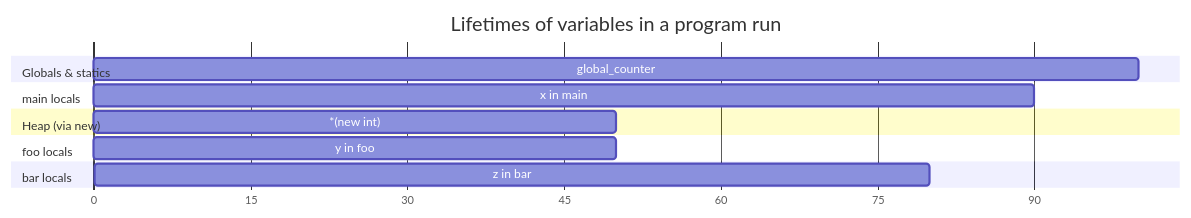
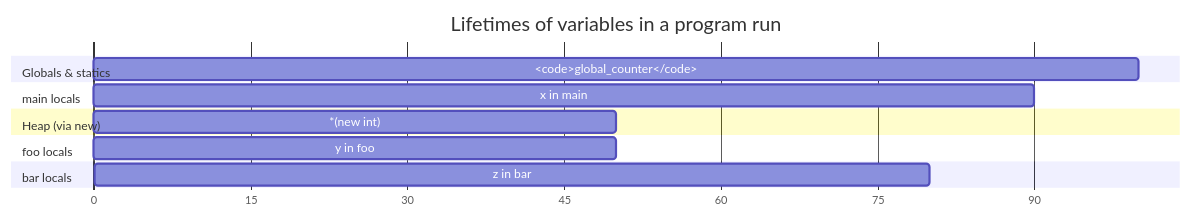
The second of 3 diagrams in content/courses/from-zero-to-cpp/memory-model.mdx (dataslope/dataslope), drawn with Mermaid before and after one commit. The commit also changed 65 other files, not shown here.

First line of the commit message:
Set code in every mermaid label in the mono face

````diff
--- a/content/courses/from-zero-to-cpp/memory-model.mdx
+++ b/content/courses/from-zero-to-cpp/memory-model.mdx
@@ -152,16 +152,16 @@
 ```mermaid
 gantt
     title Lifetimes of variables in a program run
     dateFormat X
     axisFormat %s
     section Globals & statics
-    global_counter      :a1, 0, 100
+    <code>global_counter</code>      :a1, 0, 100
     section main locals
     x in main           :b1, 10, 90
     section Heap (via new)
     *(new int)          :c1, 20, 50
     section foo locals
     y in foo            :d1, 30, 50
     section bar locals
     z in bar            :e1, 60, 80
 ```
````
